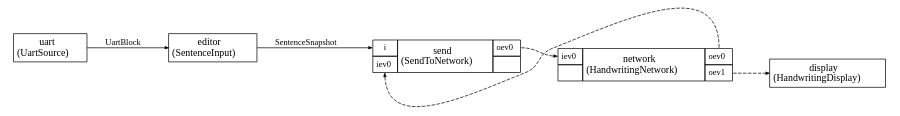
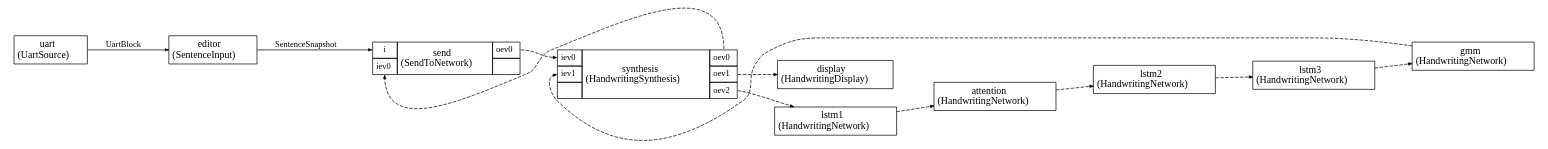
Before and after one commit to christophe0606/EthosCatalog: the diagram in projects/handwriting_synthesis/generated/app.dot, drawn with Graphviz. The commit also changed 25 other files, not shown here.

Commit message:
Split handwriting synthesis project into separate CMSIS Stream nodes

```diff
--- a/projects/handwriting_synthesis/generated/app.dot
+++ b/projects/handwriting_synthesis/generated/app.dot
@@ -1,89 +1,146 @@
 
 
 
 
 
 
 digraph structs {
     bgcolor = "white"
     node [shape=plaintext,color="black",fontcolor="black",fontname="Times-Roman"]
     rankdir=LR
     edge [arrowsize="0.5",color="black",fontcolor="black",fontname="Times-Roman"]
 
 
 editor [label=<
 <TABLE color="black" bgcolor="none" BORDER="0" CELLBORDER="1" CELLSPACING="0" CELLPADDING="4">
   <TR>
     <TD ALIGN="CENTER" PORT="i"><FONT COLOR="black" POINT-SIZE="14.0">editor<BR/>(SentenceInput)</FONT></TD>
   </TR>
 </TABLE>>];
 
 
 send [label=<
 <TABLE color="black" bgcolor="none" BORDER="0" CELLBORDER="1" CELLSPACING="0" CELLPADDING="4">
   <TR>
     <TD PORT="i"><FONT POINT-SIZE="12.0" COLOR="black">i</FONT></TD>
     <TD ALIGN="CENTER" ROWSPAN="2"><FONT COLOR="black" POINT-SIZE="14.0">send<BR/>(SendToNetwork)</FONT></TD>
     <TD PORT="oev0"><FONT POINT-SIZE="12.0" COLOR="black">oev0</FONT></TD>
   </TR>
 <TR>
 <TD PORT="iev0"><FONT POINT-SIZE="12.0" COLOR="black">iev0</FONT></TD>
 
 
 <TD></TD></TR>
 
 </TABLE>>];
 
 uart [label=<
 <TABLE color="black" bgcolor="none" BORDER="0" CELLBORDER="1" CELLSPACING="0" CELLPADDING="4">
   <TR>
     <TD ALIGN="CENTER" PORT="i"><FONT COLOR="black" POINT-SIZE="14.0">uart<BR/>(UartSource)</FONT></TD>
   </TR>
 </TABLE>>];
 
+attention [label=<
+<TABLE color="black" bgcolor="none" BORDER="0" CELLBORDER="1" CELLSPACING="0" CELLPADDING="4">
+  <TR>
+    <TD ALIGN="CENTER" PORT="i"><FONT COLOR="black" POINT-SIZE="14.0">attention<BR/>(HandwritingNetwork)</FONT></TD>
+  </TR>
+</TABLE>>];
+
 display [label=<
 <TABLE color="black" bgcolor="none" BORDER="0" CELLBORDER="1" CELLSPACING="0" CELLPADDING="4">
   <TR>
     <TD ALIGN="CENTER" PORT="i"><FONT COLOR="black" POINT-SIZE="14.0">display<BR/>(HandwritingDisplay)</FONT></TD>
   </TR>
 </TABLE>>];
 
+gmm [label=<
+<TABLE color="black" bgcolor="none" BORDER="0" CELLBORDER="1" CELLSPACING="0" CELLPADDING="4">
+  <TR>
+    <TD ALIGN="CENTER" PORT="i"><FONT COLOR="black" POINT-SIZE="14.0">gmm<BR/>(HandwritingNetwork)</FONT></TD>
+  </TR>
+</TABLE>>];
 
-network [label=<
+lstm1 [label=<
+<TABLE color="black" bgcolor="none" BORDER="0" CELLBORDER="1" CELLSPACING="0" CELLPADDING="4">
+  <TR>
+    <TD ALIGN="CENTER" PORT="i"><FONT COLOR="black" POINT-SIZE="14.0">lstm1<BR/>(HandwritingNetwork)</FONT></TD>
+  </TR>
+</TABLE>>];
+
+lstm2 [label=<
+<TABLE color="black" bgcolor="none" BORDER="0" CELLBORDER="1" CELLSPACING="0" CELLPADDING="4">
+  <TR>
+    <TD ALIGN="CENTER" PORT="i"><FONT COLOR="black" POINT-SIZE="14.0">lstm2<BR/>(HandwritingNetwork)</FONT></TD>
+  </TR>
+</TABLE>>];
+
+lstm3 [label=<
+<TABLE color="black" bgcolor="none" BORDER="0" CELLBORDER="1" CELLSPACING="0" CELLPADDING="4">
+  <TR>
+    <TD ALIGN="CENTER" PORT="i"><FONT COLOR="black" POINT-SIZE="14.0">lstm3<BR/>(HandwritingNetwork)</FONT></TD>
+  </TR>
+</TABLE>>];
+
+
+synthesis [label=<
 <TABLE color="black" bgcolor="none" BORDER="0" CELLBORDER="1" CELLSPACING="0" CELLPADDING="4">
   <TR>
     <TD PORT="iev0"><FONT POINT-SIZE="12.0" COLOR="black">iev0</FONT></TD>
-    <TD ALIGN="CENTER" ROWSPAN="2"><FONT COLOR="black" POINT-SIZE="14.0">network<BR/>(HandwritingNetwork)</FONT></TD>
+    <TD ALIGN="CENTER" ROWSPAN="3"><FONT COLOR="black" POINT-SIZE="14.0">synthesis<BR/>(HandwritingSynthesis)</FONT></TD>
     <TD PORT="oev0"><FONT POINT-SIZE="12.0" COLOR="black">oev0</FONT></TD>
   </TR>
 <TR>
+<TD PORT="iev1"><FONT POINT-SIZE="12.0" COLOR="black">iev1</FONT></TD>
+
+<TD PORT="oev1"><FONT POINT-SIZE="12.0" COLOR="black">oev1</FONT></TD>
+</TR><TR>
 
 <TD></TD>
-<TD PORT="oev1"><FONT POINT-SIZE="12.0" COLOR="black">oev1</FONT></TD>
+<TD PORT="oev2"><FONT POINT-SIZE="12.0" COLOR="black">oev2</FONT></TD>
 </TR>
 
 </TABLE>>];
 
 
 
 uart:i -> editor:i [style="solid",color="black",fontsize="12.0",fontcolor="black",label=<UartBlock>
 
 ]
 
 editor:i -> send:i [style="solid",color="black",fontsize="12.0",fontcolor="black",label=<SentenceSnapshot>
 
 ]
 
 
 
-send:oev0 -> network:iev0 [style="dashed",color="black",fontsize="12.0",fontcolor="black",label=<>
+send:oev0 -> synthesis:iev0 [style="dashed",color="black",fontsize="12.0",fontcolor="black",label=<>
 
 ]
-network:oev0 -> send:iev0 [style="dashed",color="black",fontsize="12.0",fontcolor="black",label=<>
+synthesis:oev0 -> send:iev0 [style="dashed",color="black",fontsize="12.0",fontcolor="black",label=<>
 
 ]
-network:oev1 -> display:i [style="dashed",color="black",fontsize="12.0",fontcolor="black",label=<>
+synthesis:oev1 -> display:i [style="dashed",color="black",fontsize="12.0",fontcolor="black",label=<>
+
+]
+synthesis:oev2 -> lstm1:i [style="dashed",color="black",fontsize="12.0",fontcolor="black",label=<>
+
+]
+lstm1:i -> attention:i [style="dashed",color="black",fontsize="12.0",fontcolor="black",label=<>
+
+]
+attention:i -> lstm2:i [style="dashed",color="black",fontsize="12.0",fontcolor="black",label=<>
+
+]
+lstm2:i -> lstm3:i [style="dashed",color="black",fontsize="12.0",fontcolor="black",label=<>
+
+]
+lstm3:i -> gmm:i [style="dashed",color="black",fontsize="12.0",fontcolor="black",label=<>
+
+]
+gmm:i -> synthesis:iev1 [style="dashed",color="black",fontsize="12.0",fontcolor="black",label=<>
 
 ]
 
 }
```
